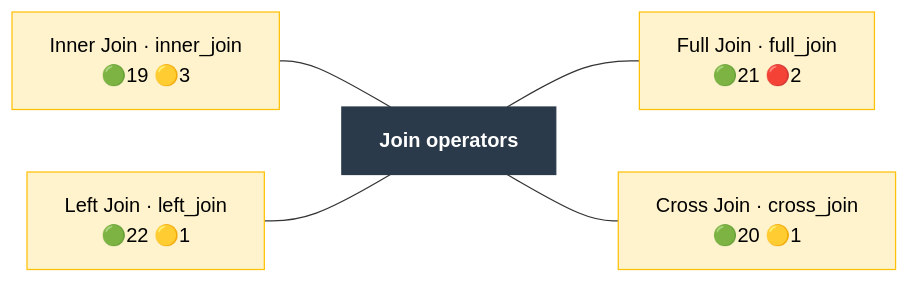
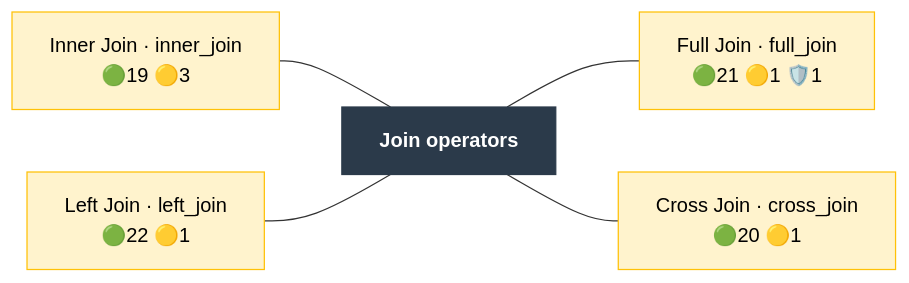
One commit to Meaningful-Data/vtlengine changed the diagram in docs/operator_map/join/index.rst. Above: the diagram before and after it, drawn with Mermaid. The commit also changed other lines of this file and 133 other files, not shown here.

```diff
--- a/docs/operator_map/join/index.rst
+++ b/docs/operator_map/join/index.rst
@@ -17,24 +17,24 @@
 .. mermaid::
    :config: {"flowchart": {"useMaxWidth": false}}
 
    flowchart LR
        classDef ok fill:#d4edda,stroke:#28a745,color:#000
        classDef partial fill:#fff3cd,stroke:#ffc107,color:#000
        classDef refused fill:#d4edda,stroke:#28a745,stroke-width:3px,stroke-dasharray: 2 2,color:#000
        classDef missing fill:#f8d7da,stroke:#dc3545,color:#000
        classDef diverge fill:#cce5ff,stroke:#007bff,color:#000
        classDef block fill:#2b3a4a,stroke:#2b3a4a,color:#fff,font-weight:bold
        classDef ext fill:#fff,stroke:#666,color:#000,stroke-dasharray: 5 5
        B["Join operators"]:::block
        join__inner_join["Inner Join · inner_join<br/>🟢19 🟡3"]:::partial
        join__left_join["Left Join · left_join<br/>🟢22 🟡1"]:::partial
-       join__full_join["Full Join · full_join<br/>🟢21 🔴2"]:::partial
+       join__full_join["Full Join · full_join<br/>🟢21 🟡1 🛡️1"]:::partial
        join__cross_join["Cross Join · cross_join<br/>🟢20 🟡1"]:::partial
        join__inner_join --- B
        join__left_join --- B
        B --- join__full_join
        B --- join__cross_join
        click join__inner_join href "inner_join.html"
        click join__left_join href "left_join.html"
        click join__full_join href "full_join.html"
        click join__cross_join href "cross_join.html"
```
